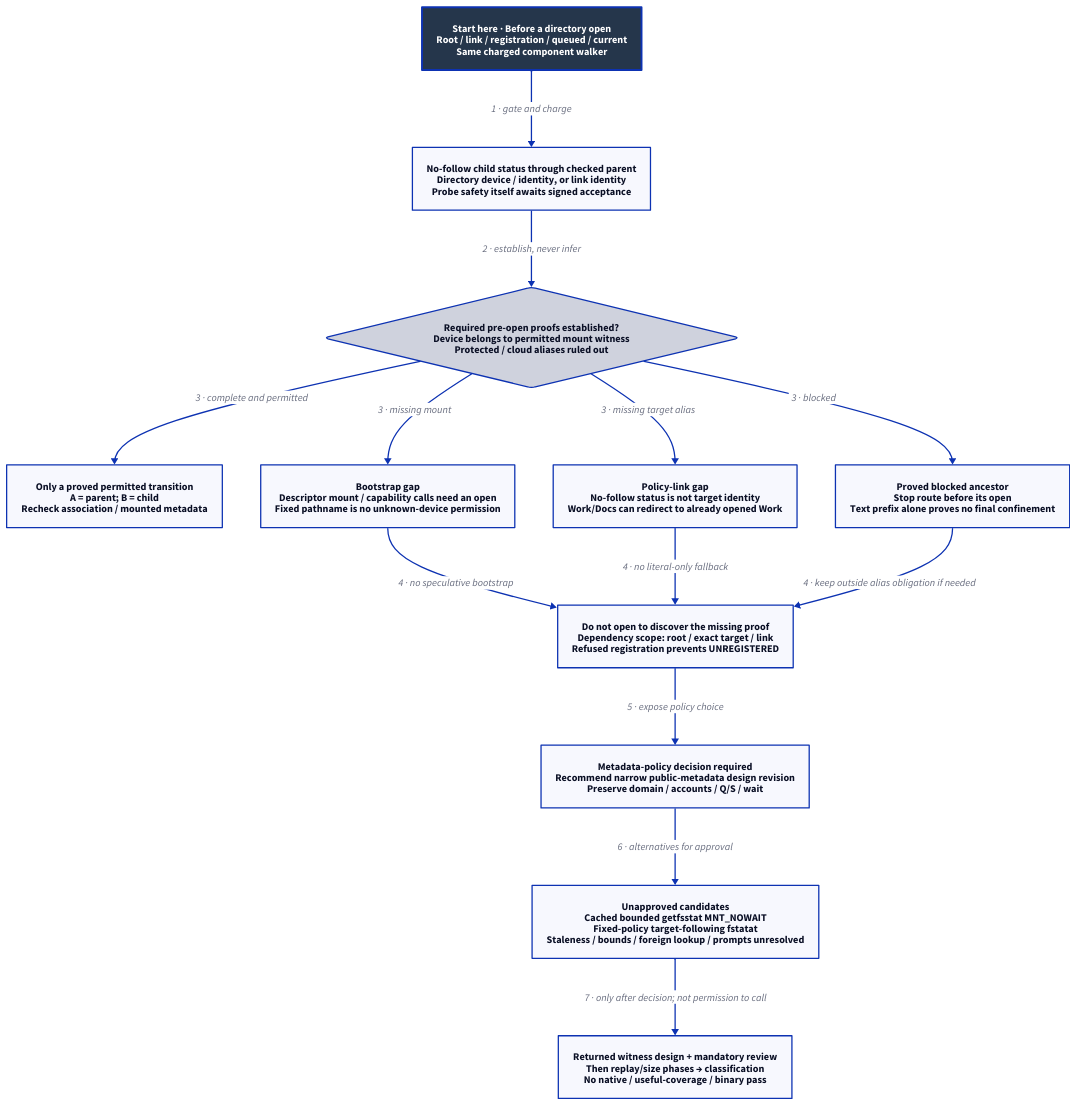
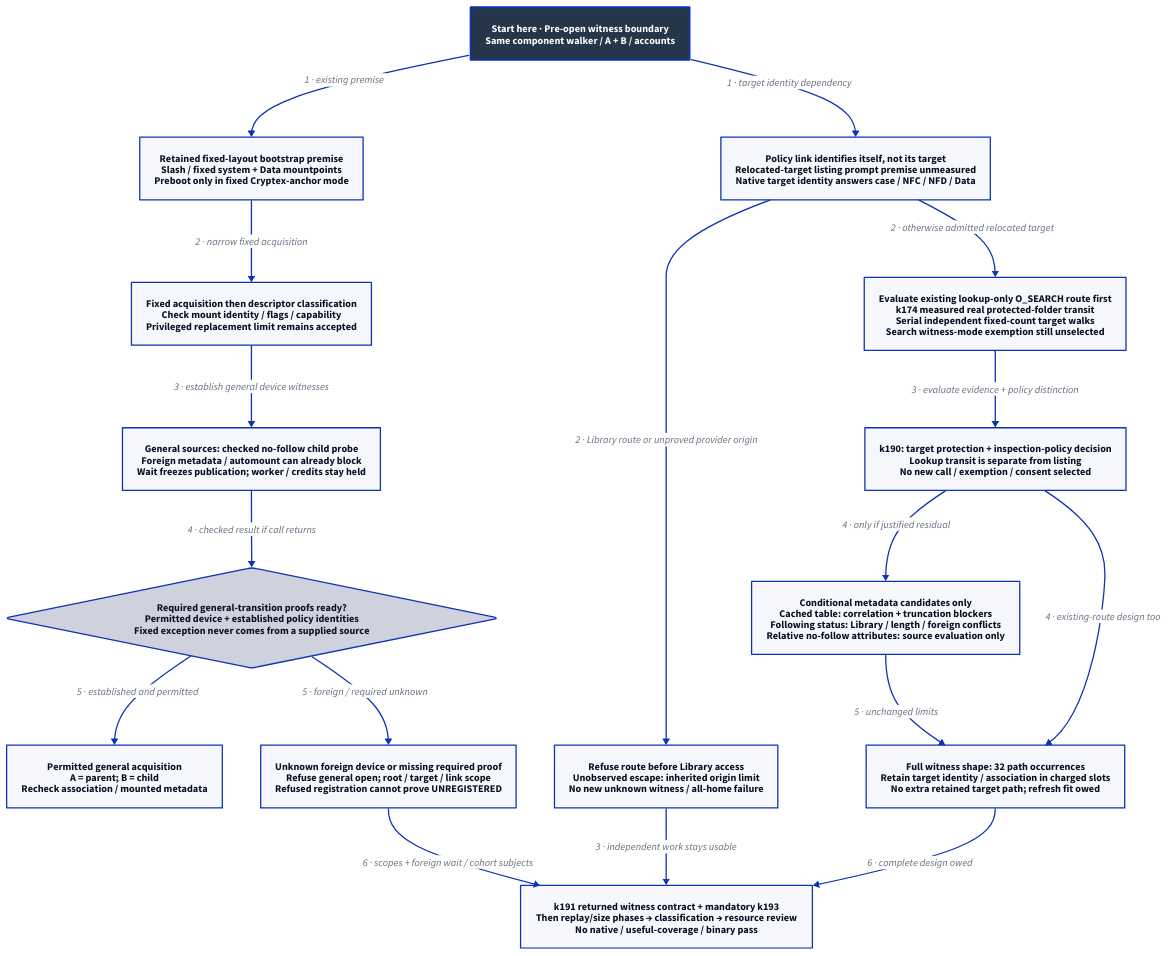
Before and after one commit to Linkuistics/Koine: the diagram in docs/design/architecture/search-preopen.d2, drawn with D2. The commit also changed 30 other files, not shown here.

Commit message:
Reconcile pre-open boundary review and narrow target policy decisions (search-preopen-boundary-k194)

```diff
--- a/docs/design/architecture/search-preopen.d2
+++ b/docs/design/architecture/search-preopen.d2
@@ -1,28 +1,35 @@
-# Current proof boundary and unapproved alternatives, not an executable algorithm.
+# Reconciled boundary; target inspection decision and returned algorithm pending.
 direction: down
 classes: {
   start: {style: {fill: "#25364B"; font-color: "#FFFFFF"; bold: true; stroke-width: 3}}
 }
-Start: "Start here · Before a directory open\nRoot / link / registration / queued / current\nSame charged component walker" {class: start}
-Probe: "No-follow child status through checked parent\nDirectory device / identity, or link identity\nProbe safety itself awaits signed acceptance"
-Proof: "Required pre-open proofs established?\nDevice belongs to permitted mount witness\nProtected / cloud aliases ruled out" {shape: diamond}
-Open: "Only a proved permitted transition\nA = parent; B = child\nRecheck association / mounted metadata"
-Mount: "Bootstrap gap\nDescriptor mount / capability calls need an open\nFixed pathname is no unknown-device permission"
-AliasGap: "Policy-link gap\nNo-follow status is not target identity\nWork/Docs can redirect to already opened Work"
-Blocked: "Proved blocked ancestor\nStop route before its open\nText prefix alone proves no final confinement"
-Stop: "Do not open to discover the missing proof\nDependency scope: root / exact target / link\nRefused registration prevents UNREGISTERED"
-Decision: "Metadata-policy decision required\nRecommend narrow public-metadata design revision\nPreserve domain / accounts / Q/S / wait"
-Proposal: "Unapproved candidates\nCached bounded getfsstat MNT_NOWAIT\nFixed-policy target-following fstatat\nStaleness / bounds / foreign lookup / prompts unresolved"
-Return: "Returned witness design + mandatory review\nThen replay/size phases → classification\nNo native / useful-coverage / binary pass"
-Start -> Probe: "1 · gate and charge"
-Probe -> Proof: "2 · establish, never infer"
-Proof -> Open: "3 · complete and permitted"
-Proof -> Blocked: "3 · blocked"
-Proof -> Mount: "3 · missing mount"
-Proof -> AliasGap: "3 · missing target alias"
-Mount -> Stop: "4 · no speculative bootstrap"
-AliasGap -> Stop: "4 · no literal-only fallback"
-Blocked -> Stop: "4 · keep outside alias obligation if needed"
-Stop -> Decision: "5 · expose policy choice"
-Decision -> Proposal: "6 · alternatives for approval"
-Proposal -> Return: "7 · only after decision; not permission to call"
+Start: "Start here · Pre-open witness boundary\nSame component walker / A + B / accounts" {class: start}
+Fixed: "Retained fixed-layout bootstrap premise\nSlash / fixed system + Data mountpoints\nPreboot only in fixed Cryptex-anchor mode"
+Classify: "Fixed acquisition then descriptor classification\nCheck mount identity / flags / capability\nPrivileged replacement limit remains accepted"
+Probe: "General sources: checked no-follow child probe\nForeign metadata / automount can already block\nWait freezes publication; worker / credits stay held"
+Proof: "Required general-transition proofs ready?\nPermitted device + established policy identities\nFixed exception never comes from a supplied source" {shape: diamond}
+Open: "Permitted general acquisition\nA = parent; B = child\nRecheck association / mounted metadata"
+Stop: "Unknown foreign device or missing required proof\nRefuse general open; root / target / link scope\nRefused registration cannot prove UNREGISTERED"
+Policy: "Policy link identifies itself, not its target\nRelocated-target listing prompt premise unmeasured\nNative target identity answers case / NFC / NFD / Data"
+Library: "Refuse route before Library access\nUnobserved escape: inherited origin limit\nNo new unknown witness / all-home failure"
+Lookup: "Evaluate existing lookup-only O_SEARCH route first\nk174 measured real protected-folder transit\nSerial independent fixed-count target walks\nSearch witness-mode exemption still unselected"
+Decision: "k190: target protection + inspection-policy decision\nLookup transit is separate from listing\nNo new call / exemption / consent selected"
+Alternative: "Conditional metadata candidates only\nCached table: correlation + truncation blockers\nFollowing status: Library / length / foreign conflicts\nRelative no-follow attributes: source evaluation only"
+Accounts: "Full witness shape: 32 path occurrences\nRetain target identity / association in charged slots\nNo extra retained target path; refresh fit owed"
+Return: "k191 returned witness contract + mandatory k193\nThen replay/size phases → classification → resource review\nNo native / useful-coverage / binary pass"
+Start -> Fixed: "1 · existing premise"
+Fixed -> Classify: "2 · narrow fixed acquisition"
+Classify -> Probe: "3 · establish general device witnesses"
+Probe -> Proof: "4 · checked result if call returns"
+Proof -> Open: "5 · established and permitted"
+Proof -> Stop: "5 · foreign / required unknown"
+Start -> Policy: "1 · target identity dependency"
+Policy -> Library: "2 · Library route or unproved provider origin"
+Policy -> Lookup: "2 · otherwise admitted relocated target"
+Lookup -> Decision: "3 · evaluate evidence + policy distinction"
+Decision -> Alternative: "4 · only if justified residual"
+Decision -> Accounts: "4 · existing-route design too"
+Alternative -> Accounts: "5 · unchanged limits"
+Accounts -> Return: "6 · complete design owed"
+Library -> Return: "3 · independent work stays usable"
+Stop -> Return: "6 · scopes + foreign wait / cohort subjects"
```
